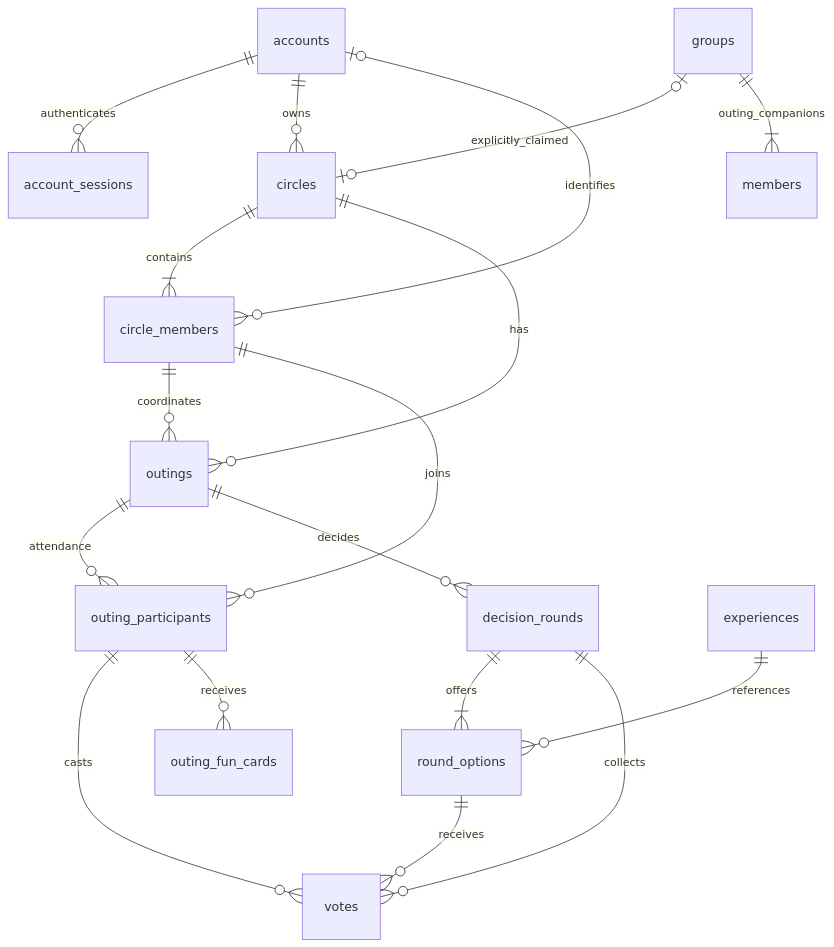
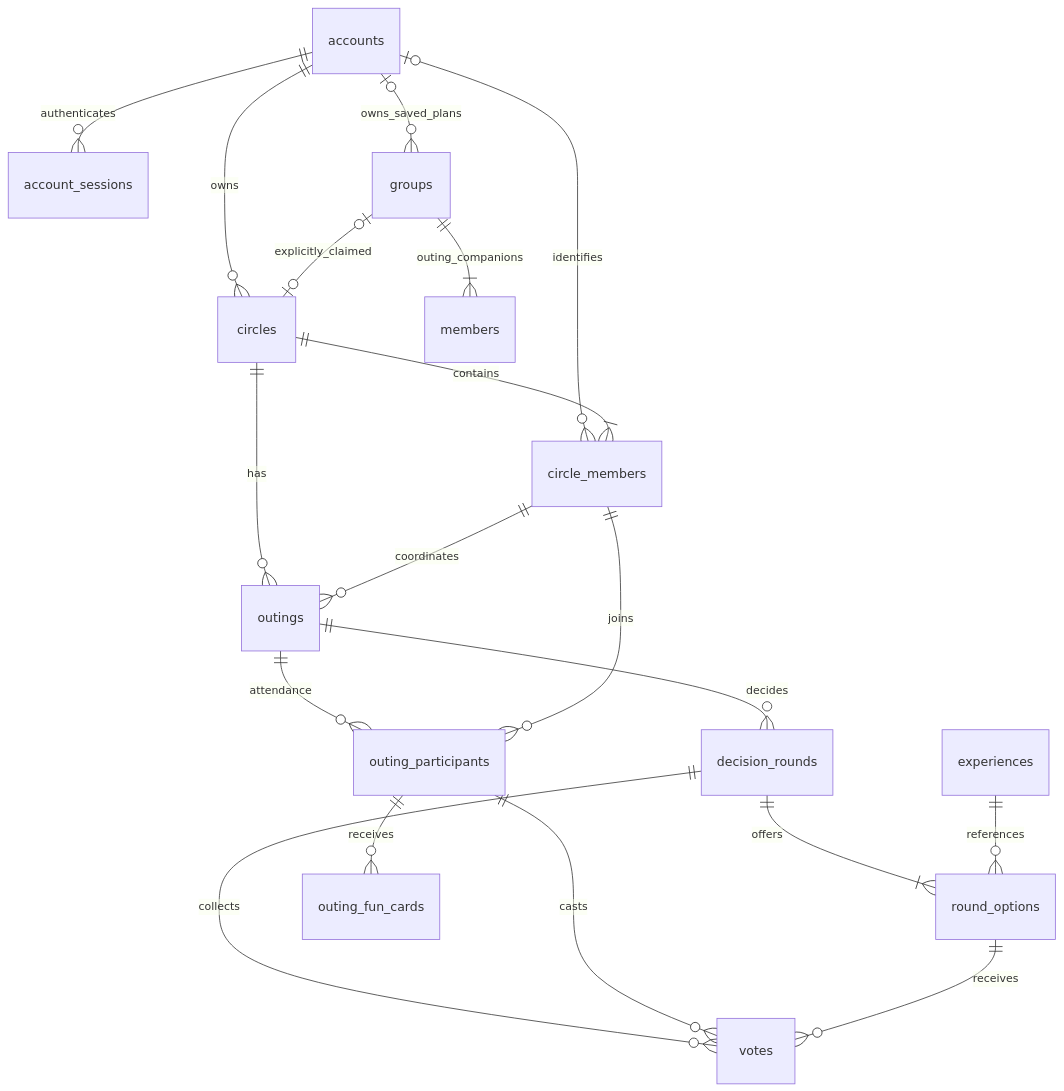
One commit to shathaaa1110-arch/hatim-app changed the second of 4 diagrams in docs/architecture-python-postgres.ar.md. Above: the diagram before and after it, drawn with Mermaid. The commit also changed other lines of this file and 38 other files, not shown here.

Commit message:
feat: add standalone accounts and saved plan management

````diff
--- a/docs/architecture-python-postgres.ar.md
+++ b/docs/architecture-python-postgres.ar.md
@@ -88,20 +100,21 @@
 ```mermaid
 erDiagram
     accounts ||--o{ account_sessions : authenticates
+    accounts o|--o{ groups : owns_saved_plans
     accounts ||--o{ circles : owns
     accounts o|--o{ circle_members : identifies
     circles ||--|{ circle_members : contains
     circles ||--o{ outings : has
     circle_members ||--o{ outings : coordinates
     outings ||--o{ outing_participants : attendance
     circle_members ||--o{ outing_participants : joins
     outings ||--o{ decision_rounds : decides
     decision_rounds ||--|{ round_options : offers
     experiences ||--o{ round_options : references
     decision_rounds ||--o{ votes : collects
     outing_participants ||--o{ votes : casts
     round_options ||--o{ votes : receives
     outing_participants ||--o{ outing_fun_cards : receives
     groups o|--o| circles : explicitly_claimed
     groups ||--|{ members : outing_companions
 ```
````
